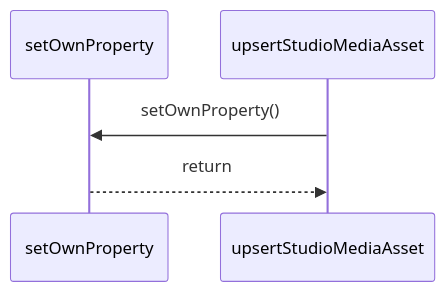
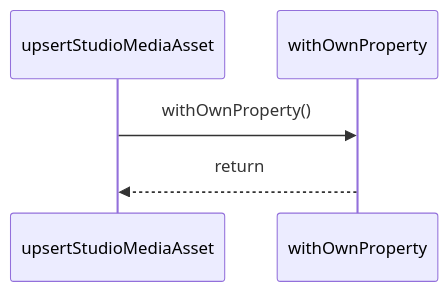
Before and after one commit to ankhorage/studio: the diagram in paradox/diagrams/sequences/upsert-studio-media-asset.mmd, drawn with Mermaid. The commit also changed 57 other files, not shown here.

```diff
--- a/paradox/diagrams/sequences/upsert-studio-media-asset.mmd
+++ b/paradox/diagrams/sequences/upsert-studio-media-asset.mmd
@@ -1,5 +1,5 @@
 sequenceDiagram
-  participant participant_setOwnProperty as setOwnProperty
   participant participant_upsertStudioMediaAsset as upsertStudioMediaAsset
-  participant_upsertStudioMediaAsset->>participant_setOwnProperty: setOwnProperty()
-  participant_setOwnProperty-->>participant_upsertStudioMediaAsset: return
+  participant participant_withOwnProperty as withOwnProperty
+  participant_upsertStudioMediaAsset->>participant_withOwnProperty: withOwnProperty()
+  participant_withOwnProperty-->>participant_upsertStudioMediaAsset: return
```
